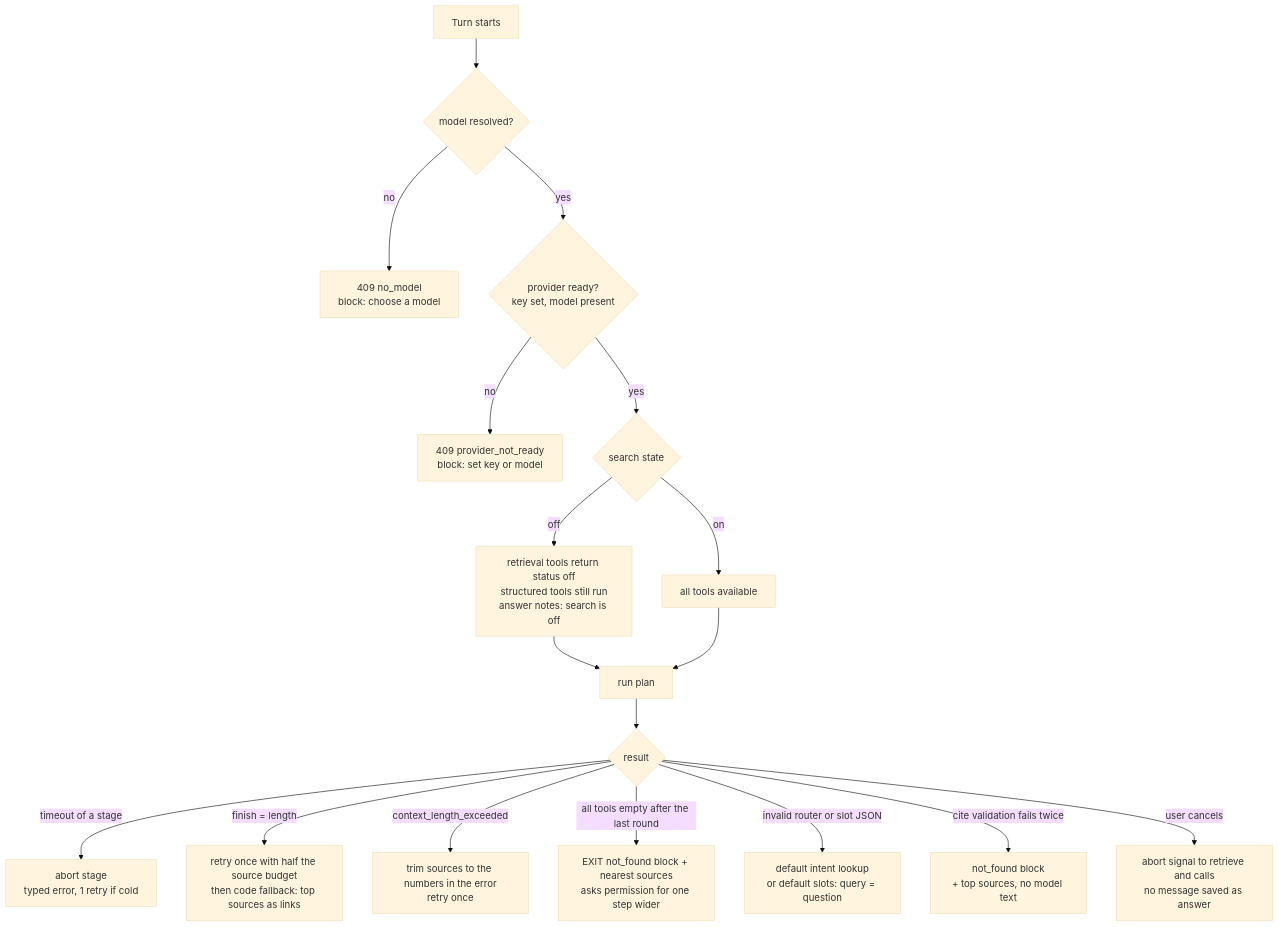
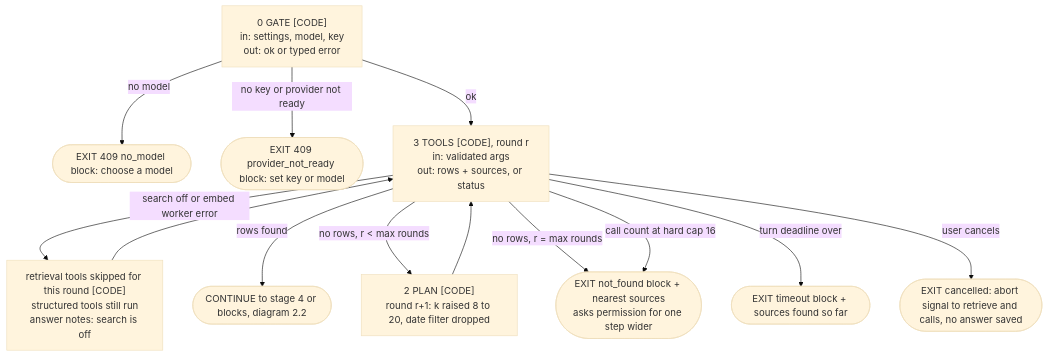
One commit to Maheidem/openstyle changed the third of 7 diagrams in specs/meeting-chat-agent.md. Above: the diagram before and after it, drawn with Mermaid (base theme). The commit also changed other lines of this file, not shown here.

First line of the commit message:
docs(spec): redraw live and failure diagrams to the conventions

````diff
--- a/specs/meeting-chat-agent.md
+++ b/specs/meeting-chat-agent.md
@@ -277,20 +289,16 @@
 ```mermaid
 flowchart TD
-  T["Turn starts"] --> A{"model resolved?"}
-  A -->|no| E1["409 no_model<br/>block: choose a model"]
-  A -->|yes| B{"provider ready?<br/>key set, model present"}
-  B -->|no| E2["409 provider_not_ready<br/>block: set key or model"]
-  B -->|yes| C{"search state"}
-  C -->|"off"| D1["retrieval tools return status off<br/>structured tools still run<br/>answer notes: search is off"]
-  C -->|on| D2["all tools available"]
-  D1 --> R["run plan"]
-  D2 --> R
-  R --> X{"result"}
-  X -->|"timeout of a stage"| F1["abort stage<br/>typed error, 1 retry if cold"]
-  X -->|"finish = length"| F2["retry once with half the source budget<br/>then code fallback: top sources as links"]
-  X -->|"context_length_exceeded"| F3["trim sources to the numbers in the error<br/>retry once"]
-  X -->|"all tools empty after the last round"| F4["EXIT not_found block + nearest sources<br/>asks permission for one step wider"]
-  X -->|"invalid router or slot JSON"| F5["default intent lookup<br/>or default slots: query = question"]
-  X -->|"cite validation fails twice"| F6["not_found block<br/>+ top sources, no model text"]
-  X -->|"user cancels"| F7["abort signal to retrieve and calls<br/>no message saved as answer"]
+  S0["0 GATE [CODE]<br/>in: settings, model, key<br/>out: ok or typed error"]
+  S0 -->|"no model"| X1(["EXIT 409 no_model block: choose a model"])
+  S0 -->|"no key or provider not ready"| X2(["EXIT 409 provider_not_ready block: set key or model"])
+  S0 -->|ok| S3["3 TOOLS [CODE], round r<br/>in: validated args<br/>out: rows + sources, or status"]
+  S3 -->|"search off or embed worker error"| S3B["retrieval tools skipped for this round [CODE]<br/>structured tools still run<br/>answer notes: search is off"]
+  S3B --> S3
+  S3 -->|"rows found"| NEXT(["CONTINUE to stage 4 or blocks, diagram 2.2"])
+  S3 -->|"no rows, r < max rounds"| S2["2 PLAN [CODE]<br/>round r+1: k raised 8 to 20, date filter dropped"]
+  S2 --> S3
+  S3 -->|"no rows, r = max rounds"| X3(["EXIT not_found block + nearest sources<br/>asks permission for one step wider"])
+  S3 -->|"turn deadline over"| X4(["EXIT timeout block + sources found so far"])
+  S3 -->|"call count at hard cap 16"| X3
+  S3 -->|"user cancels"| X5(["EXIT cancelled: abort signal to retrieve and calls, no answer saved"])
 ```
````
